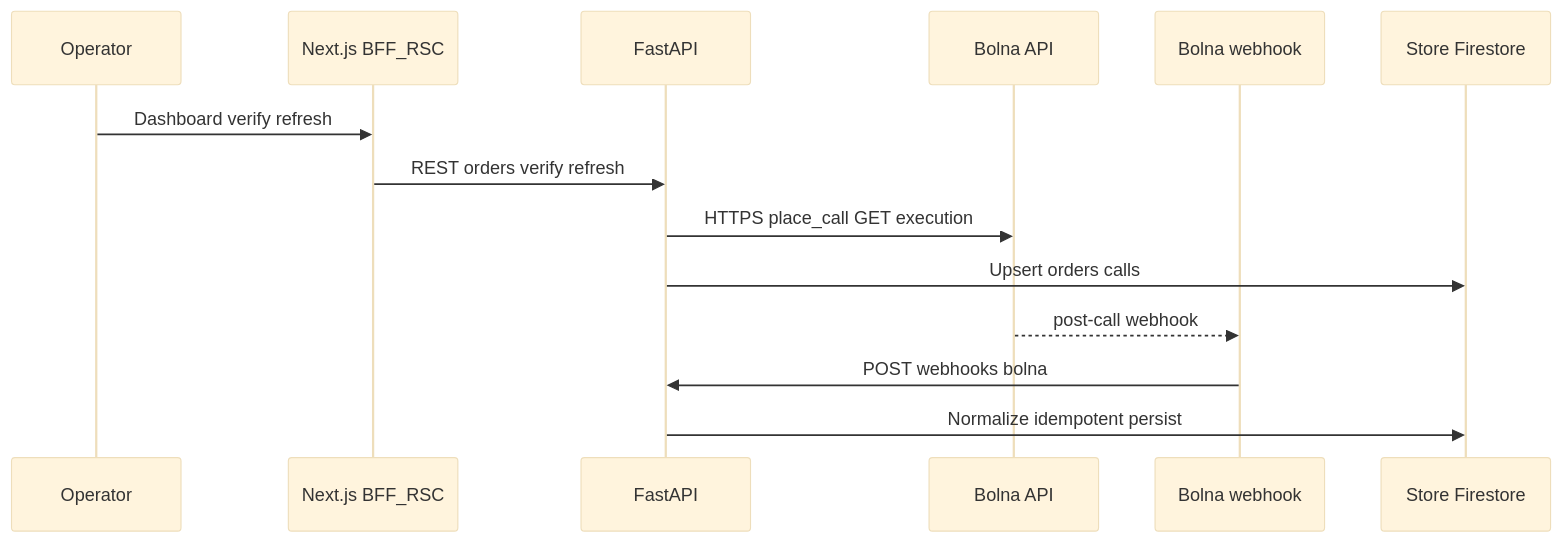
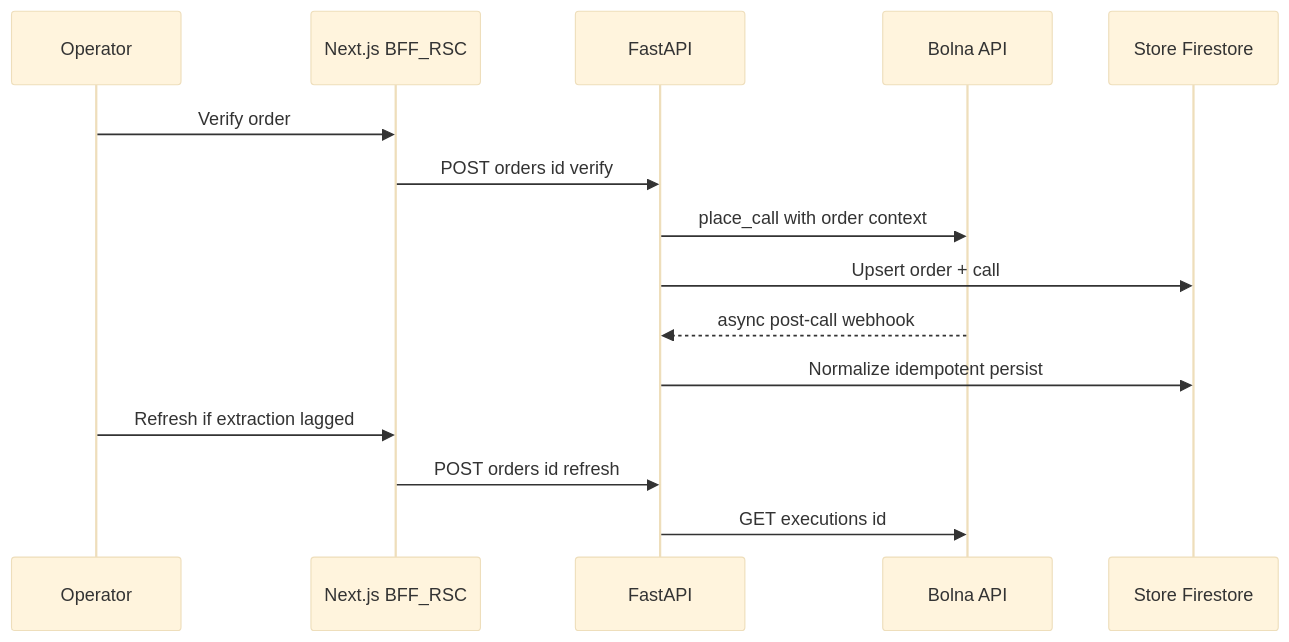
Before and after one commit to Saurav02022/rto-shield: the diagram in README.md, drawn with Mermaid (base theme). The commit also changed other lines of this file and 6 other files, not shown here.

````diff
--- a/README.md
+++ b/README.md
@@ -145,17 +37,18 @@
 ```mermaid
 sequenceDiagram
   participant U as Operator
   participant N as Next.js BFF_RSC
   participant B as FastAPI
   participant L as Bolna API
-  participant W as Bolna webhook
   participant D as Store Firestore
 
-  U->>N: Dashboard verify refresh
-  N->>B: REST orders verify refresh
-  B->>L: HTTPS place_call GET execution
-  B->>D: Upsert orders calls
-  L-->>W: post-call webhook
-  W->>B: POST webhooks bolna
+  U->>N: Verify order
+  N->>B: POST orders id verify
+  B->>L: place_call with order context
+  B->>D: Upsert order + call
+  L-->>B: async post-call webhook
   B->>D: Normalize idempotent persist
+  U->>N: Refresh if extraction lagged
+  N->>B: POST orders id refresh
+  B->>L: GET executions id
 ```
````
